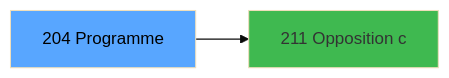
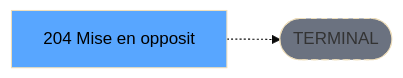
One commit to thonyAGP/lecteur-magic changed the third of 3 diagrams in .openspec/renders/ADH-IDE-204.md. Above: the diagram before and after it, drawn with Mermaid (base theme). The commit also changed other lines of this file and 701 other files, not shown here.

````diff
--- a/.openspec/renders/ADH-IDE-204.md
+++ b/.openspec/renders/ADH-IDE-204.md
@@ -127,8 +135,8 @@
 ```mermaid
 graph LR
-    T[204 Programme]
-    C211[211 Opposition c]
-    T --> C211
+    T[204 Mise en opposit]
+    TERM([TERMINAL])
+    T -.-> TERM
+    style TERM fill:#6b7280,stroke-dasharray: 5 5
     style T fill:#58a6ff,color:#000
-    style C211 fill:#3fb950
 ```
````
